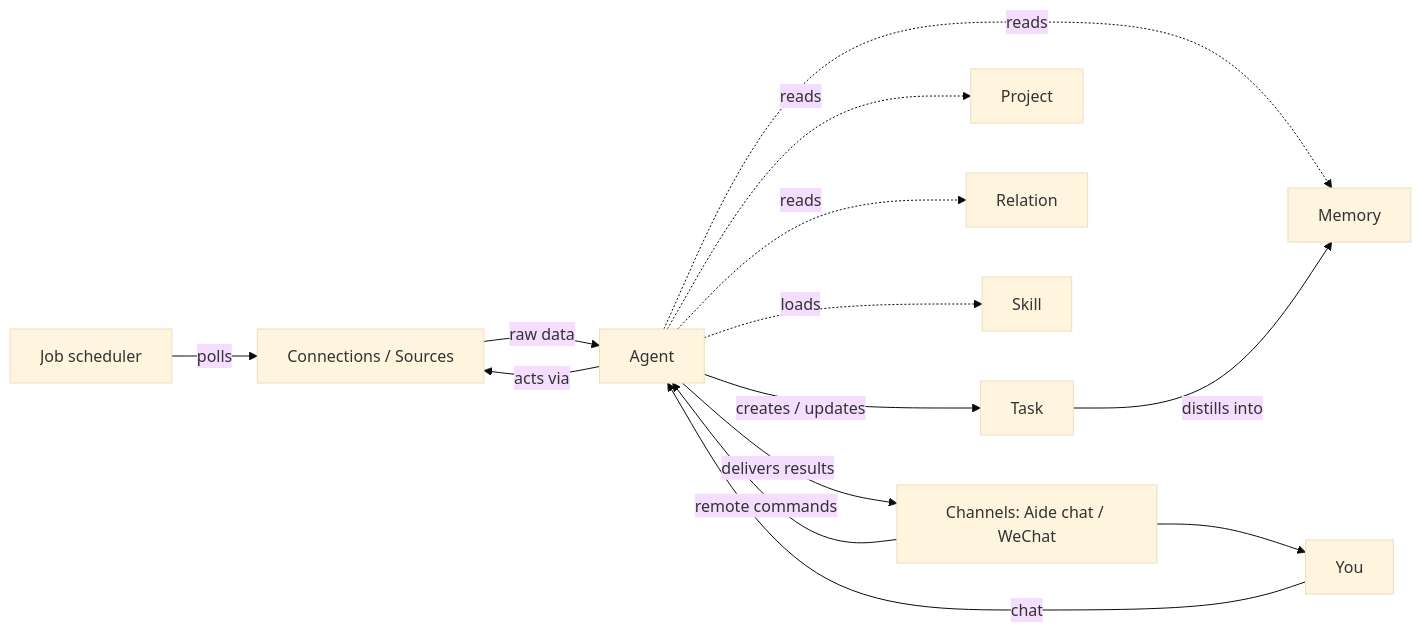
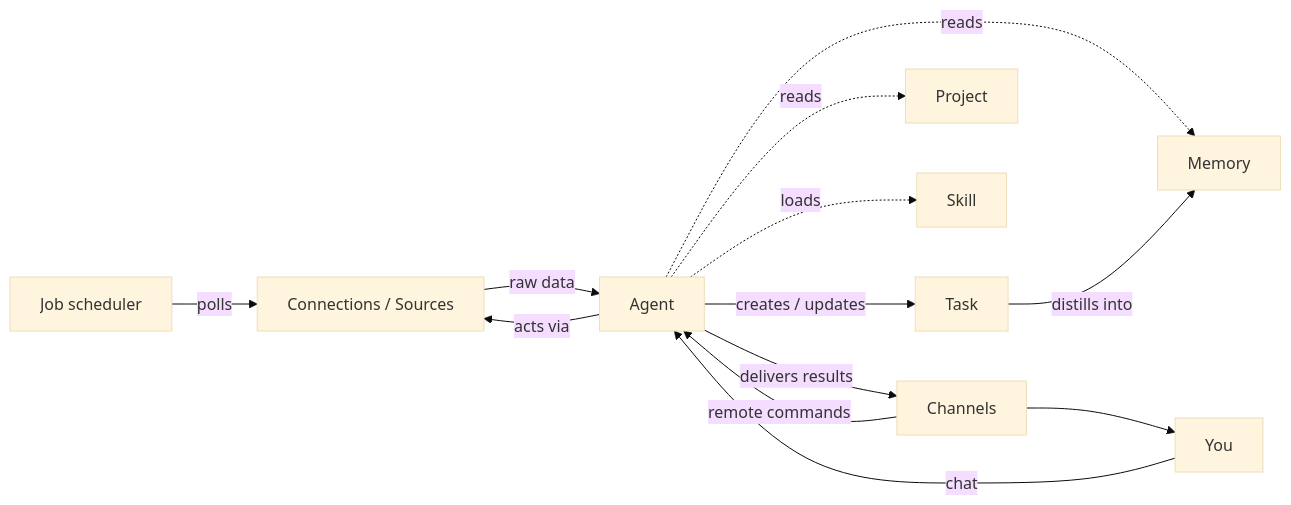
One commit to wchigit/aide changed the diagram in README.md. Above: the diagram before and after it, drawn with Mermaid (base theme). The commit also changed other lines of this file and 14 other files, not shown here.

````diff
--- a/README.md
+++ b/README.md
@@ -74,16 +86,15 @@
 ```mermaid
 flowchart LR
     J[Job scheduler] -->|polls| C[Connections / Sources]
     C -->|raw data| A[Agent]
     U[You] -->|chat| A
     A -->|creates / updates| T[Task]
     A -. reads .-> P[Project]
-    A -. reads .-> R[Relation]
     A -. reads .-> M[Memory]
     A -. loads .-> S[Skill]
     A -->|acts via| C
-    A -->|delivers results| CH[Channels: Aide chat / WeChat]
+    A -->|delivers results| CH[Channels]
     CH -->|remote commands| A
     CH --> U
     T -->|distills into| M
 ```
````
